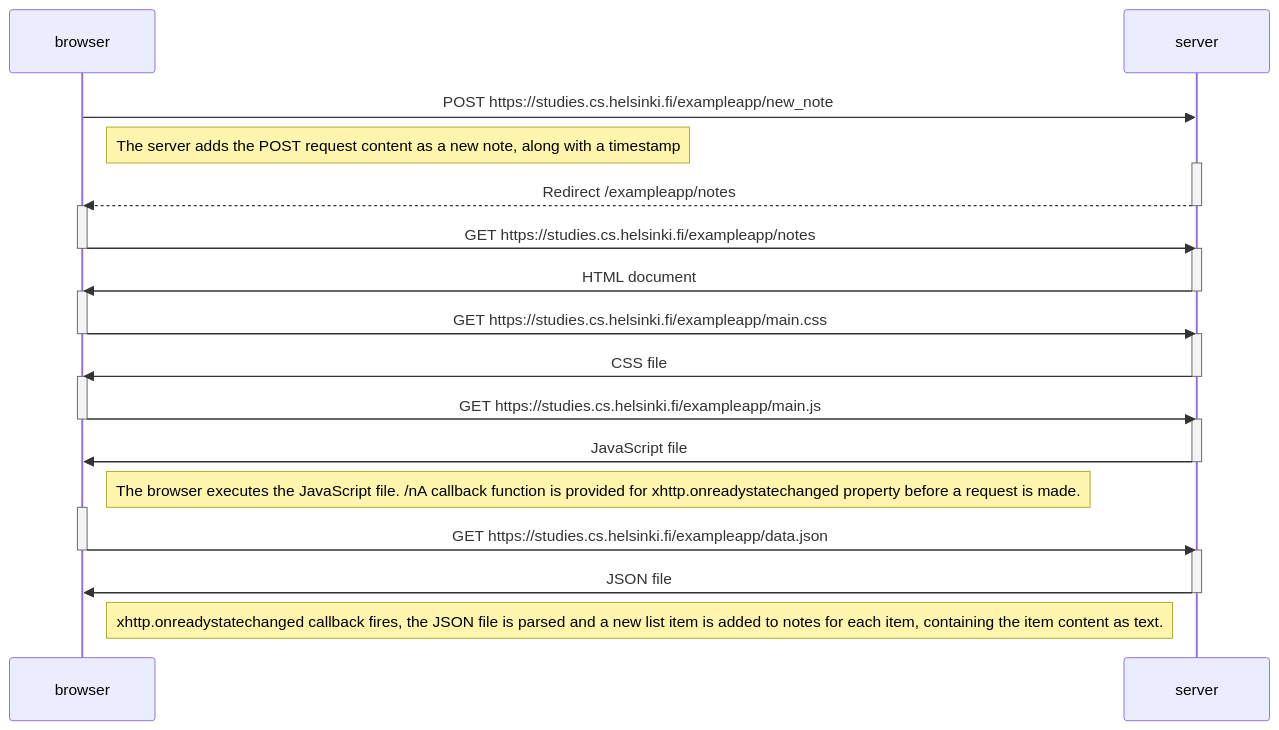
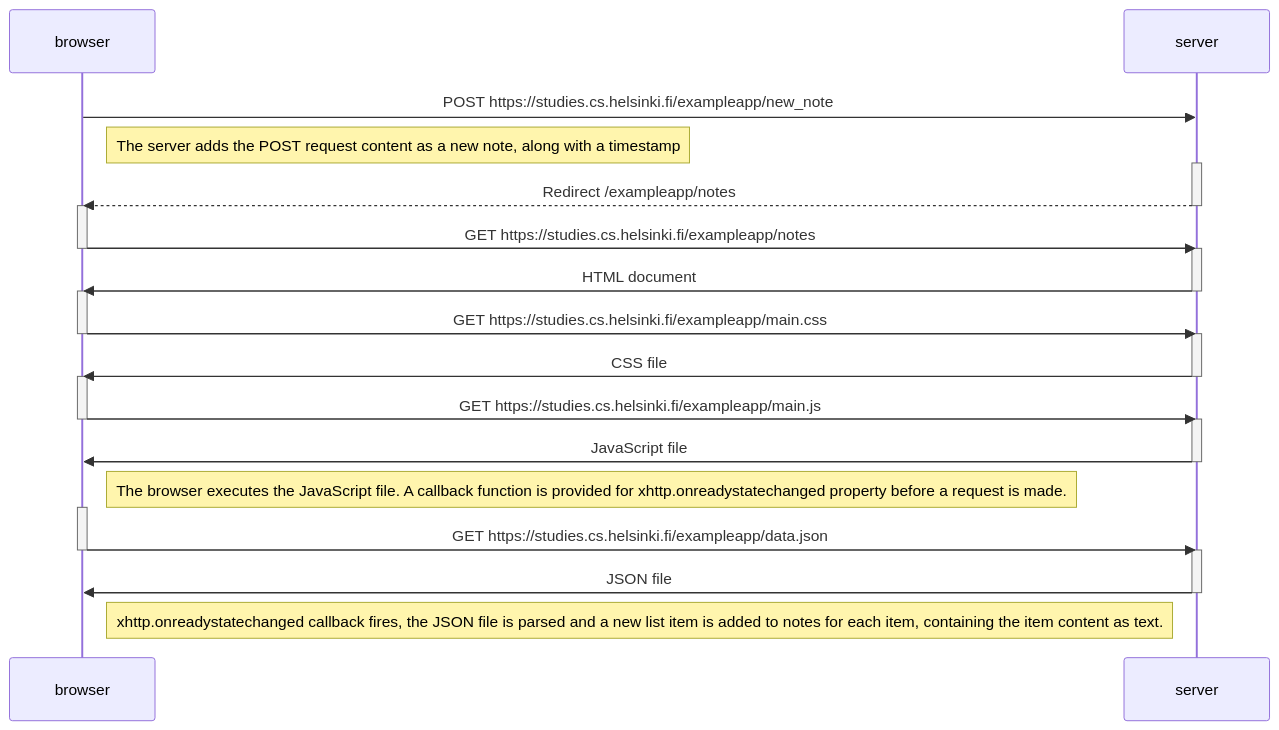
One commit to Willowfang/FullStackOpen changed the diagram in osa0/0.4 uusi muistiinpano.md. Above: the diagram before and after it, drawn with Mermaid.

Commit message:
Update 0.4 uusi muistiinpano.md

````diff
--- a/osa0/0.4 uusi muistiinpano.md
+++ b/osa0/0.4 uusi muistiinpano.md
@@ -1,48 +1,48 @@
 ```mermaid
 sequenceDiagram
     participant browser
     participant server
 
     browser->>server: POST https://studies.cs.helsinki.fi/exampleapp/new_note
     Note right of browser: The server adds the POST request content as a new note, along with a timestamp
 
     activate server
     server-->>browser: Redirect /exampleapp/notes
     deactivate server
 
     activate browser
     browser->>server: GET https://studies.cs.helsinki.fi/exampleapp/notes
     deactivate browser
 
     activate server
     server->>browser: HTML document
     deactivate server
 
     activate browser
     browser->>server: GET https://studies.cs.helsinki.fi/exampleapp/main.css
     deactivate browser
 
     activate server
     server->>browser: CSS file
     deactivate server
 
     activate browser
     browser->>server: GET https://studies.cs.helsinki.fi/exampleapp/main.js
     deactivate browser
 
     activate server
     server->>browser: JavaScript file
     deactivate server
 
-    Note right of browser: The browser executes the JavaScript file. /nA callback function is provided for xhttp.onreadystatechanged property before a request is made.
+    Note right of browser: The browser executes the JavaScript file. A callback function is provided for xhttp.onreadystatechanged property before a request is made.
 
     activate browser
     browser->>server: GET https://studies.cs.helsinki.fi/exampleapp/data.json
     deactivate browser
 
     activate server
     server->>browser: JSON file
     deactivate server
 
     Note right of browser: xhttp.onreadystatechanged callback fires, the JSON file is parsed and a new list item is added to notes for each item, containing the item content as text.
 ```
````
